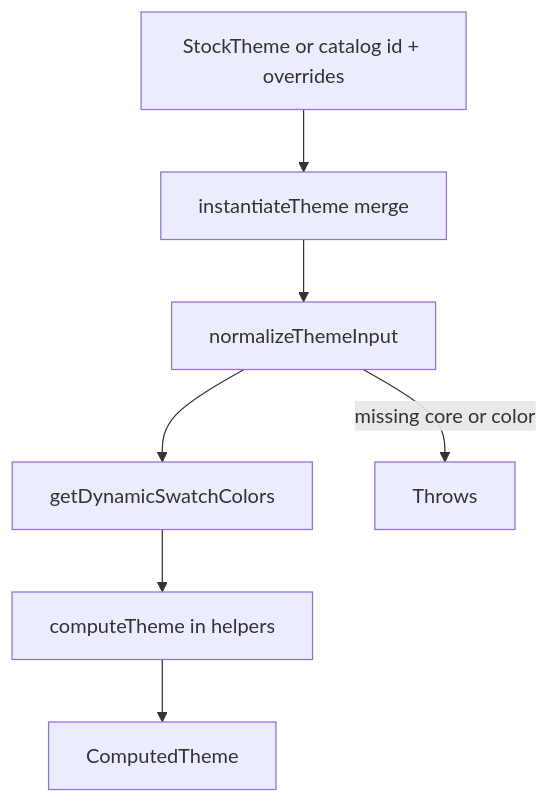
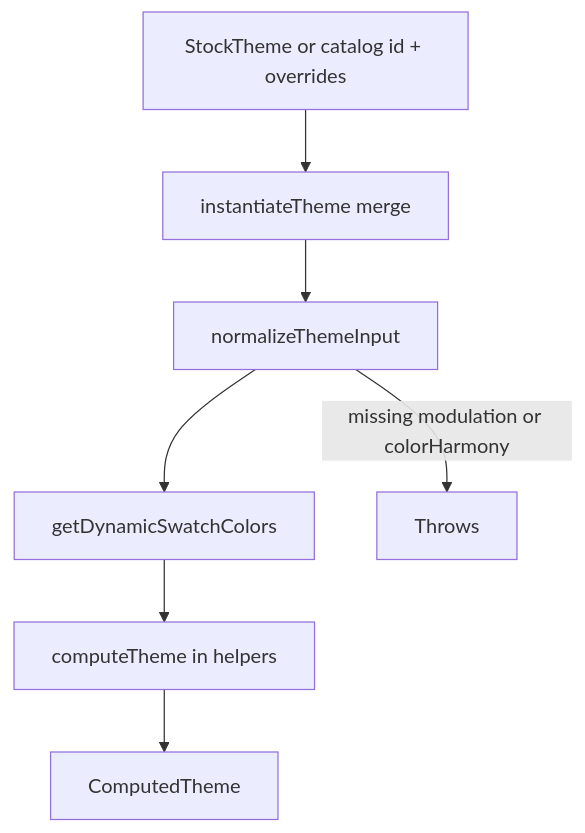
The diagram in packages/core/themes/compute/README.md (SeldonDigital/seldon), drawn with Mermaid before and after one commit. The commit also changed other lines of this file and 98 other files, not shown here.

````diff
--- a/packages/core/themes/compute/README.md
+++ b/packages/core/themes/compute/README.md
@@ -11,10 +11,10 @@
 ```mermaid
 flowchart TD
   preset[StockTheme or catalog id + overrides]
   preset --> merge[instantiateTheme merge]
   merge --> norm[normalizeThemeInput]
   norm --> palette[getDynamicSwatchColors]
   palette --> materialize[computeTheme in helpers]
   materialize --> out[ComputedTheme]
-  norm -->|missing core or color| err[Throws]
+  norm -->|missing modulation or colorHarmony| err[Throws]
 ```
````
